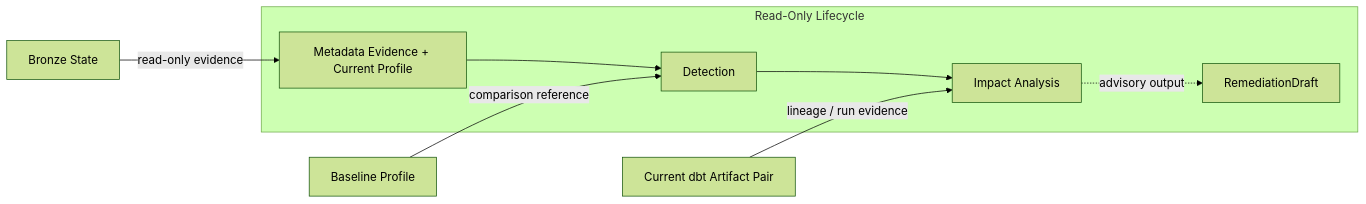
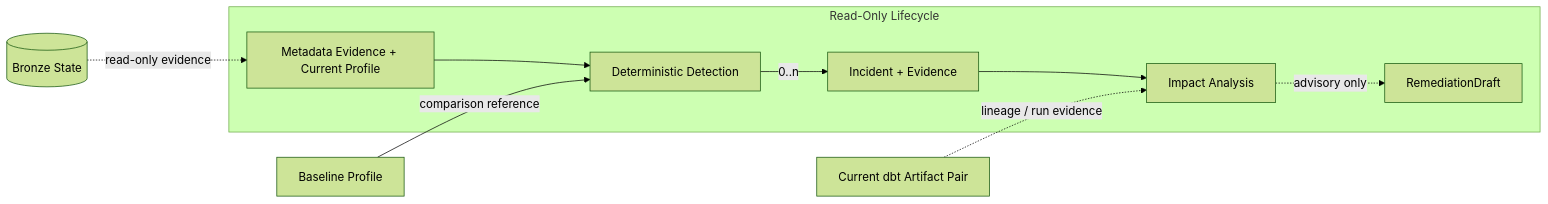
The first of 2 diagrams in docs/domains/reliability.md (mols3131d/hmda-data-reliability), drawn with Mermaid (forest theme) before and after one commit. The commit also changed other lines of this file, not shown here.

Commit message:
docs: refine reliability lifecycle and recovery Mermaid

````diff
--- a/docs/domains/reliability.md
+++ b/docs/domains/reliability.md
@@ -21,15 +21,16 @@
 ```mermaid
 flowchart LR
-    raw["Bronze State"]
+    raw[("Bronze State")]
     baseline["Baseline Profile"]
     artifacts["Current dbt Artifact Pair"]
 
     subgraph lifecycle ["Read-Only Lifecycle"]
-        evidence["Metadata Evidence + Current Profile"] --> detection["Detection"] --> impact["Impact Analysis"]
-        impact -.->|advisory output| draft["RemediationDraft"]
+        evidence["Metadata Evidence + Current Profile"] --> detection["Deterministic Detection"]
+        detection -->|0..n| incident["Incident + Evidence"] --> impact["Impact Analysis"]
+        impact -.->|advisory only| draft["RemediationDraft"]
     end
 
-    raw -->|read-only evidence| evidence
+    raw -.->|read-only evidence| evidence
     baseline -->|comparison reference| detection
-    artifacts -->|lineage / run evidence| impact
+    artifacts -.->|lineage / run evidence| impact
 ```
````
